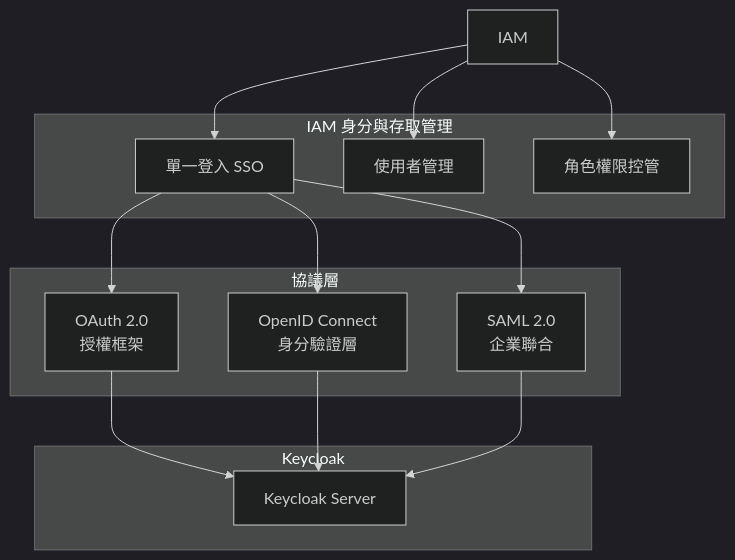
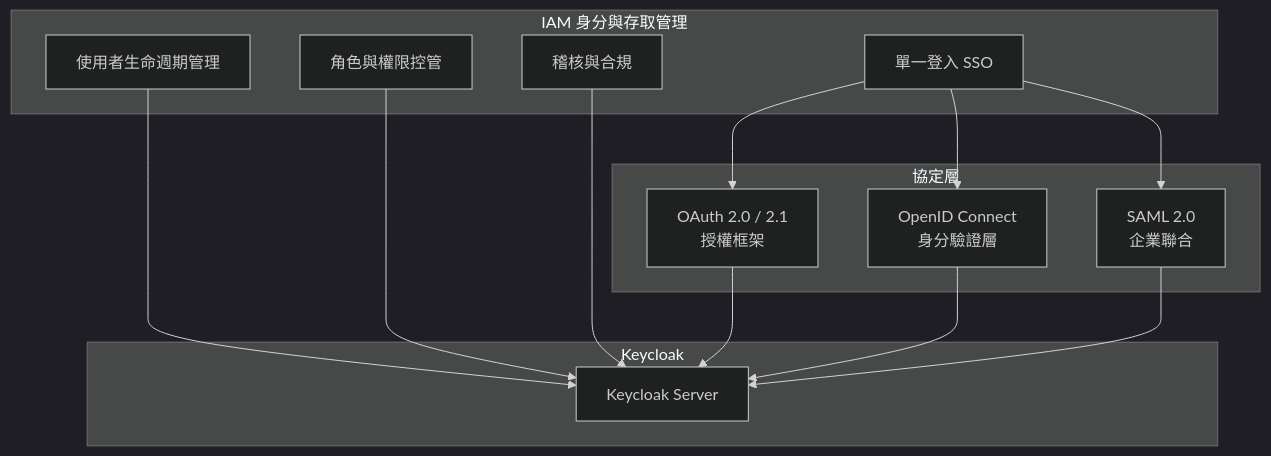
Before and after one commit to chihhung/Blog: the first of 19 diagrams in content/posts/教學/工具/Keycloak教學手冊.md, drawn with Mermaid (dark theme). The commit also changed other lines of this file and 10 other files, not shown here.

````diff
--- a/content/posts/教學/工具/Keycloak教學手冊.md
+++ b/content/posts/教學/工具/Keycloak教學手冊.md
@@ -118,30 +406,30 @@
 ```mermaid
 graph TB
-    subgraph "IAM 身分與存取管理"
+    subgraph IAMG["IAM 身分與存取管理"]
         SSO[單一登入 SSO]
-        UM[使用者管理]
-        RBAC[角色權限控管]
+        UM[使用者生命週期管理]
+        RBAC[角色與權限控管]
+        AUD[稽核與合規]
     end
-    
-    subgraph "協議層"
-        OAuth[OAuth 2.0<br/>授權框架]
+
+    subgraph PROTO["協定層"]
+        OAuth[OAuth 2.0 / 2.1<br/>授權框架]
         OIDC[OpenID Connect<br/>身分驗證層]
         SAML[SAML 2.0<br/>企業聯合]
     end
-    
-    subgraph "Keycloak"
+
+    subgraph KCG["Keycloak"]
         KC[Keycloak Server]
     end
-    
-    IAM --> SSO
-    IAM --> UM
-    IAM --> RBAC
-    
+
     SSO --> OAuth
     SSO --> OIDC
     SSO --> SAML
-    
+    UM --> KC
+    RBAC --> KC
+    AUD --> KC
+
     OAuth --> KC
     OIDC --> KC
     SAML --> KC
 ```
````
